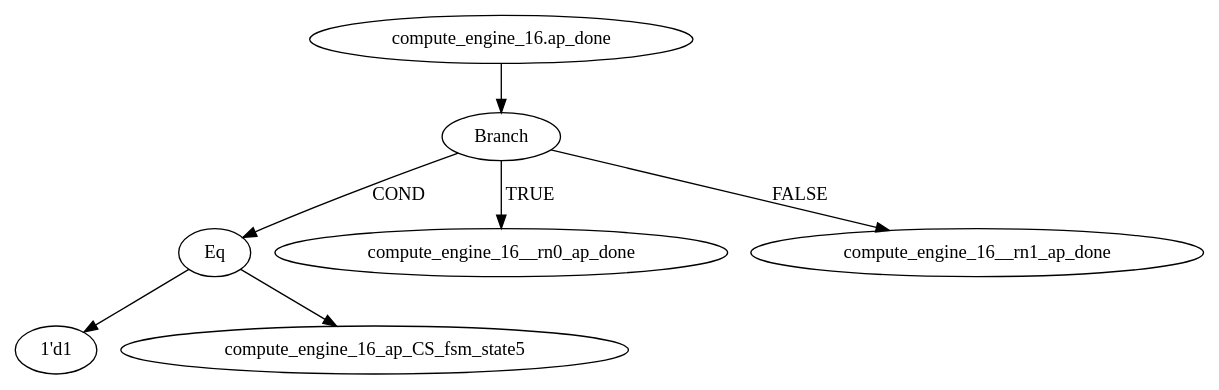
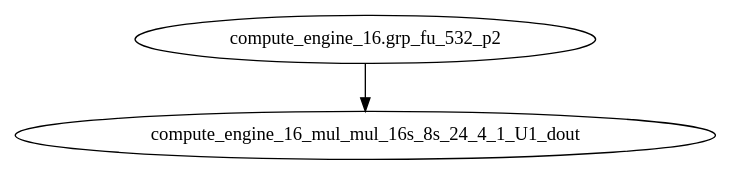
One commit to ibnatz16/DNN_HLS changed the diagram in file.dot. Above: the diagram before and after it, drawn with Graphviz. The commit also changed 13 other files, not shown here.

```diff
--- a/file.dot
+++ b/file.dot
@@ -1,23 +1,7 @@
 strict digraph "" {
 	node [label="\N"];
-	"compute_engine_16.ap_done_graphrename_0"	[color=black,
-		label="compute_engine_16.ap_done"];
-	Branch_graphrename_1	[color=black,
-		label=Branch];
-	"compute_engine_16.ap_done_graphrename_0" -> Branch_graphrename_1	[color=black];
-	Eq_graphrename_2	[color=black,
-		label=Eq];
-	Branch_graphrename_1 -> Eq_graphrename_2	[color=black,
-		label=COND];
-	compute_engine_16__rn0_ap_done	[color=black];
-	Branch_graphrename_1 -> compute_engine_16__rn0_ap_done	[color=black,
-		label=TRUE];
-	compute_engine_16__rn1_ap_done	[color=black];
-	Branch_graphrename_1 -> compute_engine_16__rn1_ap_done	[color=black,
-		label=FALSE];
-	"1'd1_graphrename_3"	[color=black,
-		label="1'd1"];
-	Eq_graphrename_2 -> "1'd1_graphrename_3"	[color=black];
-	compute_engine_16_ap_CS_fsm_state5	[color=black];
-	Eq_graphrename_2 -> compute_engine_16_ap_CS_fsm_state5	[color=black];
+	"compute_engine_16.grp_fu_532_p2_graphrename_0"	[color=black,
+		label="compute_engine_16.grp_fu_532_p2"];
+	compute_engine_16_mul_mul_16s_8s_24_4_1_U1_dout	[color=black];
+	"compute_engine_16.grp_fu_532_p2_graphrename_0" -> compute_engine_16_mul_mul_16s_8s_24_4_1_U1_dout	[color=black];
 }
```
